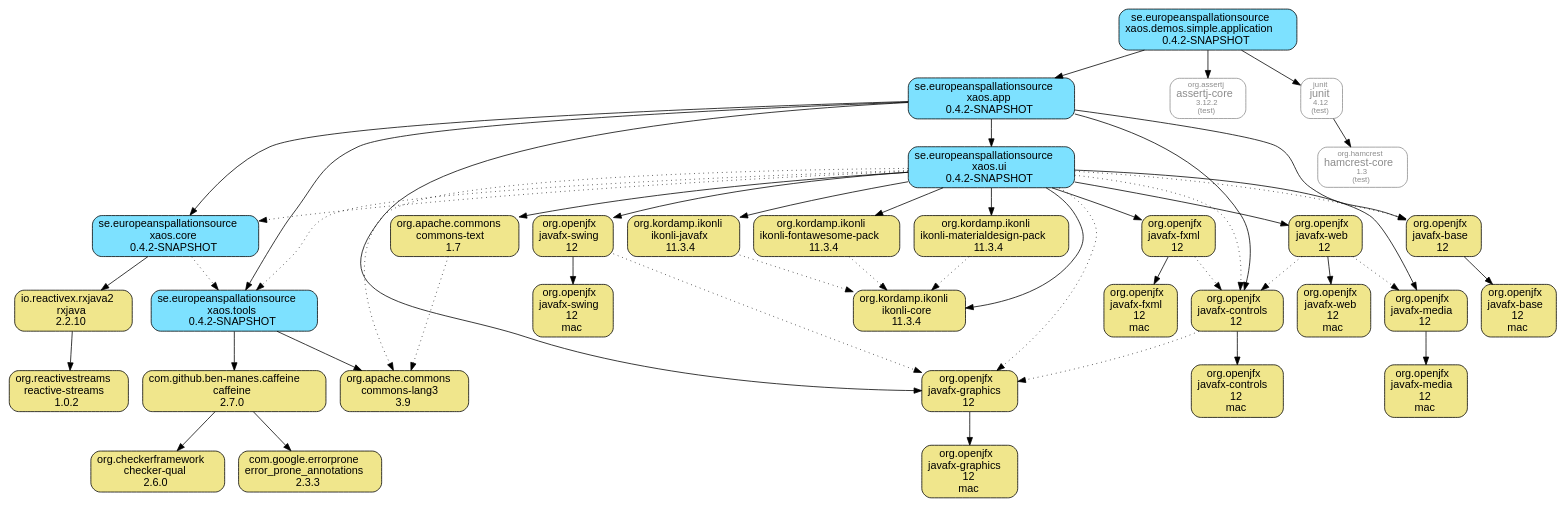
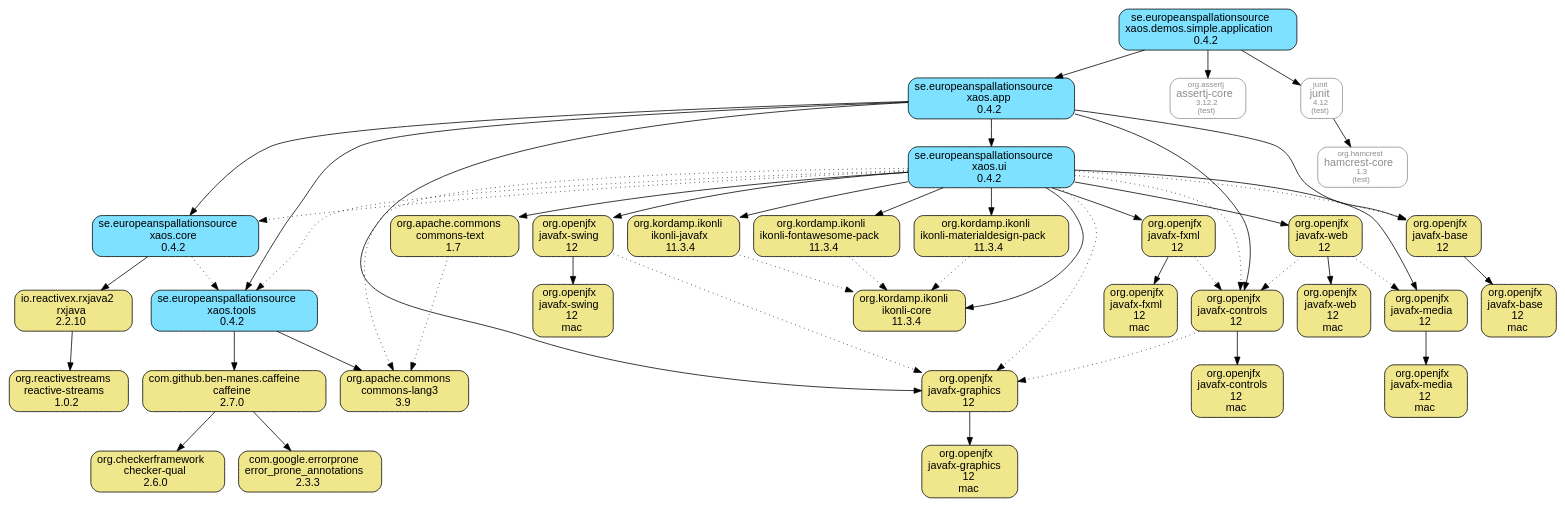
One commit to ESSICS/XAOS changed the diagram in xaos.demos.module/xaos.demos.simple.application.module/doc/maven-dependencies.dot. Above: the diagram before and after it, drawn with Graphviz. The commit also changed 37 other files, not shown here.

```diff
--- a/xaos.demos.module/xaos.demos.simple.application.module/doc/maven-dependencies.dot
+++ b/xaos.demos.module/xaos.demos.simple.application.module/doc/maven-dependencies.dot
@@ -1,89 +1,89 @@
 digraph "xaos.demos.simple.application" {
   node [shape="box",style="rounded",fontname="Helvetica",fontsize="14"]
   edge [fontsize="10",fontname="Helvetica"]
 
   // Node Definitions:
   "org.openjfx:javafx-base:jar"[shape="box",style="rounded, filled",fillcolor="khaki",label=<org.openjfx<br/>javafx-base<br/>12>]
   "org.openjfx:javafx-base:jar:mac"[shape="box",style="rounded, filled",fillcolor="khaki",label=<org.openjfx<br/>javafx-base<br/>12<br/>mac>]
-  "se.europeanspallationsource:xaos.app:jar"[shape="box",style="rounded, filled",fillcolor="#7DE1FF",label=<se.europeanspallationsource<br/>xaos.app<br/>0.4.2-SNAPSHOT>]
+  "se.europeanspallationsource:xaos.app:jar"[shape="box",style="rounded, filled",fillcolor="#7DE1FF",label=<se.europeanspallationsource<br/>xaos.app<br/>0.4.2>]
   "org.openjfx:javafx-controls:jar"[shape="box",style="rounded, filled",fillcolor="khaki",label=<org.openjfx<br/>javafx-controls<br/>12>]
   "org.openjfx:javafx-controls:jar:mac"[shape="box",style="rounded, filled",fillcolor="khaki",label=<org.openjfx<br/>javafx-controls<br/>12<br/>mac>]
   "org.openjfx:javafx-graphics:jar"[shape="box",style="rounded, filled",fillcolor="khaki",label=<org.openjfx<br/>javafx-graphics<br/>12>]
   "org.openjfx:javafx-graphics:jar:mac"[shape="box",style="rounded, filled",fillcolor="khaki",label=<org.openjfx<br/>javafx-graphics<br/>12<br/>mac>]
-  "se.europeanspallationsource:xaos.tools:jar"[shape="box",style="rounded, filled",fillcolor="#7DE1FF",label=<se.europeanspallationsource<br/>xaos.tools<br/>0.4.2-SNAPSHOT>]
+  "se.europeanspallationsource:xaos.tools:jar"[shape="box",style="rounded, filled",fillcolor="#7DE1FF",label=<se.europeanspallationsource<br/>xaos.tools<br/>0.4.2>]
   "org.apache.commons:commons-lang3:jar"[shape="box",style="rounded, filled",fillcolor="khaki",label=<org.apache.commons<br/>commons-lang3<br/>3.9>]
   "com.github.ben-manes.caffeine:caffeine:jar"[shape="box",style="rounded, filled",fillcolor="khaki",label=<com.github.ben-manes.caffeine<br/>caffeine<br/>2.7.0>]
   "org.checkerframework:checker-qual:jar"[shape="box",style="rounded, filled",fillcolor="khaki",label=<org.checkerframework<br/>checker-qual<br/>2.6.0>]
   "com.google.errorprone:error_prone_annotations:jar"[shape="box",style="rounded, filled",fillcolor="khaki",label=<com.google.errorprone<br/>error_prone_annotations<br/>2.3.3>]
   "io.reactivex.rxjava2:rxjava:jar"[shape="box",style="rounded, filled",fillcolor="khaki",label=<io.reactivex.rxjava2<br/>rxjava<br/>2.2.10>]
   "org.reactivestreams:reactive-streams:jar"[shape="box",style="rounded, filled",fillcolor="khaki",label=<org.reactivestreams<br/>reactive-streams<br/>1.0.2>]
-  "se.europeanspallationsource:xaos.core:jar"[shape="box",style="rounded, filled",fillcolor="#7DE1FF",label=<se.europeanspallationsource<br/>xaos.core<br/>0.4.2-SNAPSHOT>]
-  "se.europeanspallationsource:xaos.ui:jar"[shape="box",style="rounded, filled",fillcolor="#7DE1FF",label=<se.europeanspallationsource<br/>xaos.ui<br/>0.4.2-SNAPSHOT>]
+  "se.europeanspallationsource:xaos.core:jar"[shape="box",style="rounded, filled",fillcolor="#7DE1FF",label=<se.europeanspallationsource<br/>xaos.core<br/>0.4.2>]
+  "se.europeanspallationsource:xaos.ui:jar"[shape="box",style="rounded, filled",fillcolor="#7DE1FF",label=<se.europeanspallationsource<br/>xaos.ui<br/>0.4.2>]
   "org.openjfx:javafx-fxml:jar"[shape="box",style="rounded, filled",fillcolor="khaki",label=<org.openjfx<br/>javafx-fxml<br/>12>]
   "org.openjfx:javafx-fxml:jar:mac"[shape="box",style="rounded, filled",fillcolor="khaki",label=<org.openjfx<br/>javafx-fxml<br/>12<br/>mac>]
   "org.openjfx:javafx-media:jar"[shape="box",style="rounded, filled",fillcolor="khaki",label=<org.openjfx<br/>javafx-media<br/>12>]
   "org.openjfx:javafx-media:jar:mac"[shape="box",style="rounded, filled",fillcolor="khaki",label=<org.openjfx<br/>javafx-media<br/>12<br/>mac>]
   "org.openjfx:javafx-swing:jar"[shape="box",style="rounded, filled",fillcolor="khaki",label=<org.openjfx<br/>javafx-swing<br/>12>]
   "org.openjfx:javafx-swing:jar:mac"[shape="box",style="rounded, filled",fillcolor="khaki",label=<org.openjfx<br/>javafx-swing<br/>12<br/>mac>]
   "org.openjfx:javafx-web:jar"[shape="box",style="rounded, filled",fillcolor="khaki",label=<org.openjfx<br/>javafx-web<br/>12>]
   "org.openjfx:javafx-web:jar:mac"[shape="box",style="rounded, filled",fillcolor="khaki",label=<org.openjfx<br/>javafx-web<br/>12<br/>mac>]
   "org.apache.commons:commons-text:jar"[shape="box",style="rounded, filled",fillcolor="khaki",label=<org.apache.commons<br/>commons-text<br/>1.7>]
   "org.kordamp.ikonli:ikonli-core:jar"[shape="box",style="rounded, filled",fillcolor="khaki",label=<org.kordamp.ikonli<br/>ikonli-core<br/>11.3.4>]
   "org.kordamp.ikonli:ikonli-javafx:jar"[shape="box",style="rounded, filled",fillcolor="khaki",label=<org.kordamp.ikonli<br/>ikonli-javafx<br/>11.3.4>]
   "org.kordamp.ikonli:ikonli-fontawesome-pack:jar"[shape="box",style="rounded, filled",fillcolor="khaki",label=<org.kordamp.ikonli<br/>ikonli-fontawesome-pack<br/>11.3.4>]
   "org.kordamp.ikonli:ikonli-materialdesign-pack:jar"[shape="box",style="rounded, filled",fillcolor="khaki",label=<org.kordamp.ikonli<br/>ikonli-materialdesign-pack<br/>11.3.4>]
-  "se.europeanspallationsource:xaos.demos.simple.application:jar"[shape="box",style="rounded, filled",fillcolor="#7DE1FF",label=<se.europeanspallationsource<br/>xaos.demos.simple.application<br/>0.4.2-SNAPSHOT>]
+  "se.europeanspallationsource:xaos.demos.simple.application:jar"[shape="box",style="rounded, filled",fillcolor="#7DE1FF",label=<se.europeanspallationsource<br/>xaos.demos.simple.application<br/>0.4.2>]
   "org.assertj:assertj-core:jar"[shape="box",style="rounded",color="grey55",fontname="Helvetica",fontsize="14",fontcolor="grey55",label=<<font color="grey55" point-size="10">org.assertj</font><br/>assertj-core<font color="grey55" point-size="10"><br/>3.12.2</font><font color="grey55" point-size="10"><br/>(test)</font>>]
   "junit:junit:jar"[shape="box",style="rounded",color="grey55",fontname="Helvetica",fontsize="14",fontcolor="grey55",label=<<font color="grey55" point-size="10">junit</font><br/>junit<font color="grey55" point-size="10"><br/>4.12</font><font color="grey55" point-size="10"><br/>(test)</font>>]
   "org.hamcrest:hamcrest-core:jar"[shape="box",style="rounded",color="grey55",fontname="Helvetica",fontsize="14",fontcolor="grey55",label=<<font color="grey55" point-size="10">org.hamcrest</font><br/>hamcrest-core<font color="grey55" point-size="10"><br/>1.3</font><font color="grey55" point-size="10"><br/>(test)</font>>]
 
   // Edge Definitions:
   "org.openjfx:javafx-base:jar" -> "org.openjfx:javafx-base:jar:mac"
   "se.europeanspallationsource:xaos.app:jar" -> "org.openjfx:javafx-base:jar"
   "org.openjfx:javafx-controls:jar" -> "org.openjfx:javafx-controls:jar:mac"
   "org.openjfx:javafx-controls:jar" -> "org.openjfx:javafx-graphics:jar"[style="dotted"]
   "se.europeanspallationsource:xaos.app:jar" -> "org.openjfx:javafx-controls:jar"
   "org.openjfx:javafx-graphics:jar" -> "org.openjfx:javafx-graphics:jar:mac"
   "se.europeanspallationsource:xaos.app:jar" -> "org.openjfx:javafx-graphics:jar"
   "se.europeanspallationsource:xaos.tools:jar" -> "org.apache.commons:commons-lang3:jar"
   "com.github.ben-manes.caffeine:caffeine:jar" -> "org.checkerframework:checker-qual:jar"
   "com.github.ben-manes.caffeine:caffeine:jar" -> "com.google.errorprone:error_prone_annotations:jar"
   "se.europeanspallationsource:xaos.tools:jar" -> "com.github.ben-manes.caffeine:caffeine:jar"
   "se.europeanspallationsource:xaos.app:jar" -> "se.europeanspallationsource:xaos.tools:jar"
   "io.reactivex.rxjava2:rxjava:jar" -> "org.reactivestreams:reactive-streams:jar"
   "se.europeanspallationsource:xaos.core:jar" -> "io.reactivex.rxjava2:rxjava:jar"
   "se.europeanspallationsource:xaos.core:jar" -> "se.europeanspallationsource:xaos.tools:jar"[style="dotted"]
   "se.europeanspallationsource:xaos.app:jar" -> "se.europeanspallationsource:xaos.core:jar"
   "se.europeanspallationsource:xaos.ui:jar" -> "org.openjfx:javafx-base:jar"[style="dotted"]
   "se.europeanspallationsource:xaos.ui:jar" -> "org.openjfx:javafx-controls:jar"[style="dotted"]
   "org.openjfx:javafx-fxml:jar" -> "org.openjfx:javafx-fxml:jar:mac"
   "org.openjfx:javafx-fxml:jar" -> "org.openjfx:javafx-controls:jar"[style="dotted"]
   "se.europeanspallationsource:xaos.ui:jar" -> "org.openjfx:javafx-fxml:jar"
   "se.europeanspallationsource:xaos.ui:jar" -> "org.openjfx:javafx-graphics:jar"[style="dotted"]
   "org.openjfx:javafx-media:jar" -> "org.openjfx:javafx-media:jar:mac"
   "se.europeanspallationsource:xaos.ui:jar" -> "org.openjfx:javafx-media:jar"
   "org.openjfx:javafx-swing:jar" -> "org.openjfx:javafx-swing:jar:mac"
   "org.openjfx:javafx-swing:jar" -> "org.openjfx:javafx-graphics:jar"[style="dotted"]
   "se.europeanspallationsource:xaos.ui:jar" -> "org.openjfx:javafx-swing:jar"
   "org.openjfx:javafx-web:jar" -> "org.openjfx:javafx-web:jar:mac"
   "org.openjfx:javafx-web:jar" -> "org.openjfx:javafx-controls:jar"[style="dotted"]
   "org.openjfx:javafx-web:jar" -> "org.openjfx:javafx-media:jar"[style="dotted"]
   "se.europeanspallationsource:xaos.ui:jar" -> "org.openjfx:javafx-web:jar"
   "se.europeanspallationsource:xaos.ui:jar" -> "org.apache.commons:commons-lang3:jar"[style="dotted"]
   "org.apache.commons:commons-text:jar" -> "org.apache.commons:commons-lang3:jar"[style="dotted"]
   "se.europeanspallationsource:xaos.ui:jar" -> "org.apache.commons:commons-text:jar"
   "se.europeanspallationsource:xaos.ui:jar" -> "org.kordamp.ikonli:ikonli-core:jar"
   "org.kordamp.ikonli:ikonli-javafx:jar" -> "org.kordamp.ikonli:ikonli-core:jar"[style="dotted"]
   "se.europeanspallationsource:xaos.ui:jar" -> "org.kordamp.ikonli:ikonli-javafx:jar"
   "org.kordamp.ikonli:ikonli-fontawesome-pack:jar" -> "org.kordamp.ikonli:ikonli-core:jar"[style="dotted"]
   "se.europeanspallationsource:xaos.ui:jar" -> "org.kordamp.ikonli:ikonli-fontawesome-pack:jar"
   "org.kordamp.ikonli:ikonli-materialdesign-pack:jar" -> "org.kordamp.ikonli:ikonli-core:jar"[style="dotted"]
   "se.europeanspallationsource:xaos.ui:jar" -> "org.kordamp.ikonli:ikonli-materialdesign-pack:jar"
   "se.europeanspallationsource:xaos.ui:jar" -> "se.europeanspallationsource:xaos.tools:jar"[style="dotted"]
   "se.europeanspallationsource:xaos.ui:jar" -> "se.europeanspallationsource:xaos.core:jar"[style="dotted"]
   "se.europeanspallationsource:xaos.app:jar" -> "se.europeanspallationsource:xaos.ui:jar"
   "se.europeanspallationsource:xaos.demos.simple.application:jar" -> "se.europeanspallationsource:xaos.app:jar"
   "se.europeanspallationsource:xaos.demos.simple.application:jar" -> "org.assertj:assertj-core:jar"
   "junit:junit:jar" -> "org.hamcrest:hamcrest-core:jar"
   "se.europeanspallationsource:xaos.demos.simple.application:jar" -> "junit:junit:jar"
 }
```
